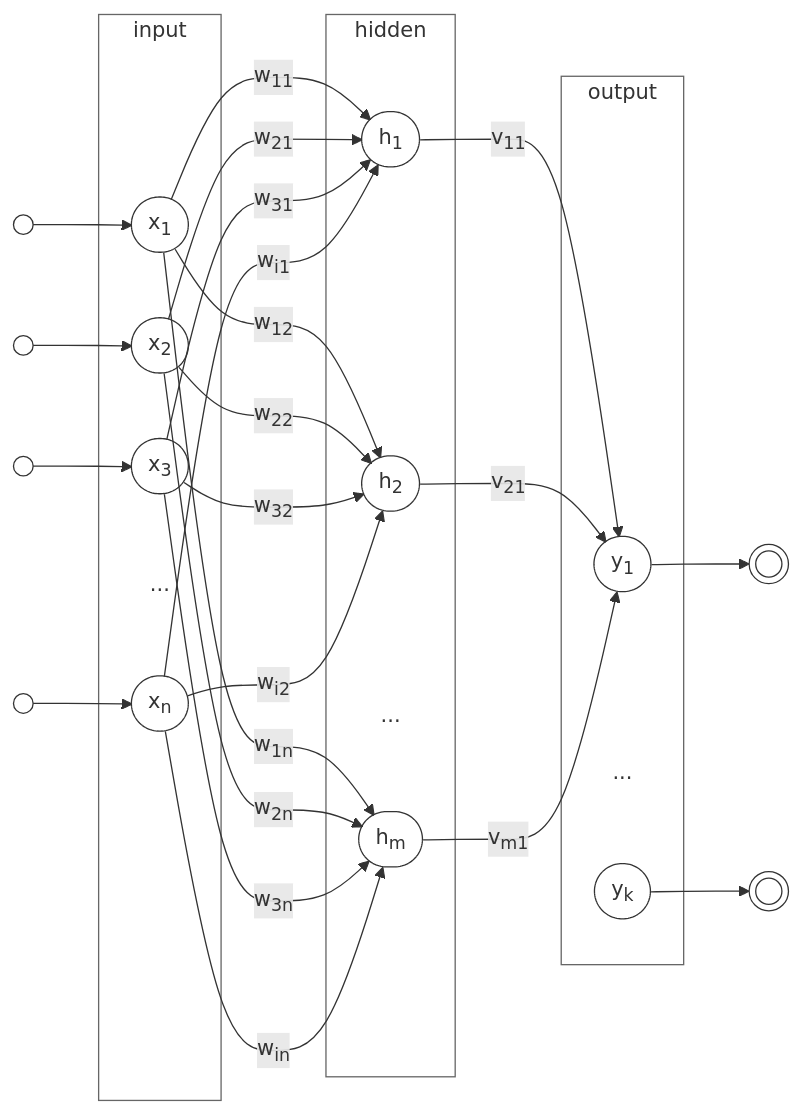
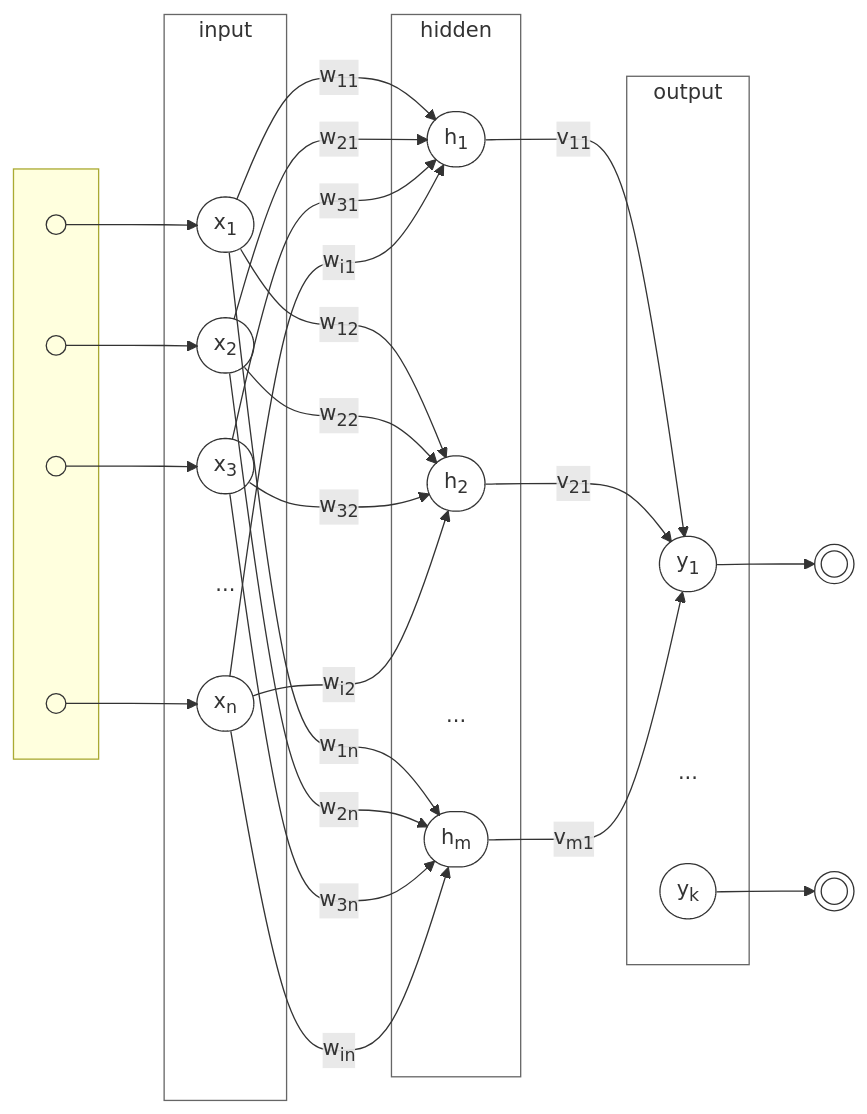
One commit to Insper/ann-dl changed the first of 2 diagrams in docs/ann/mlp.md. Above: the diagram before and after it, drawn with Mermaid. The commit also changed other lines of this file and 4 other files, not shown here.

````diff
--- a/docs/ann/mlp.md
+++ b/docs/ann/mlp.md
@@ -6,51 +6,57 @@
 ``` mermaid
 flowchart LR
     classDef default fill:transparent,stroke:#333,stroke-width:1px;
     classDef others fill:transparent,stroke:transparent,stroke-width:0px;
+    subgraph in[" "]
+        in1@{ shape: circle, label: " " }
+        in2@{ shape: circle, label: " " }
+        in3@{ shape: circle, label: " " }
+        inn@{ shape: circle, label: " " }
+    end
     subgraph input
         x1(["x<sub>1</sub>"])
         x2(["x<sub>2</sub>"])
         x3(["x<sub>3</sub>"])
         xd(["..."]):::others
         xn(["x<sub>n</sub>"])
     end
     subgraph hidden
         h1(["h<sub>1</sub>"])
         h2(["h<sub>2</sub>"])
         hd(["..."]):::others
         hm(["h<sub>m</sub>"])
     end
     subgraph output
         y1(["y<sub>1</sub>"])
         yd(["..."]):::others
         yk(["y<sub>k</sub>"])
     end
     in1@{ shape: circle, label: " " } --> x1
     in2@{ shape: circle, label: " " } --> x2
     in3@{ shape: circle, label: " " } --> x3
     inn@{ shape: circle, label: " " } --> xn
 
     x1 -->|"w<sub>11</sub>"|h1
     x1 -->|"w<sub>12</sub>"|h2
     x1 -->|"w<sub>1n</sub>"|hm
     x2 -->|"w<sub>21</sub>"|h1
     x2 -->|"w<sub>22</sub>"|h2
     x2 -->|"w<sub>2n</sub>"|hm
     x3 -->|"w<sub>31</sub>"|h1
     x3 -->|"w<sub>32</sub>"|h2
     x3 -->|"w<sub>3n</sub>"|hm
     xn -->|"w<sub>i1</sub>"|h1
     xn -->|"w<sub>i2</sub>"|h2
     xn -->|"w<sub>in</sub>"|hm
     
     h1 -->|"v<sub>11</sub>"|y1
     h2 -->|"v<sub>21</sub>"|y1
     hm -->|"v<sub>m1</sub>"|y1
 
     y1 --> out1@{ shape: dbl-circ, label: " " }
     yk --> outn@{ shape: dbl-circ, label: " " }
 
     style input fill:#fff,stroke:#666,stroke-width:1px
     style hidden fill:#fff,stroke:#666,stroke-width:1px
     style output fill:#fff,stroke:#666,stroke-width:1px
 ```
````
